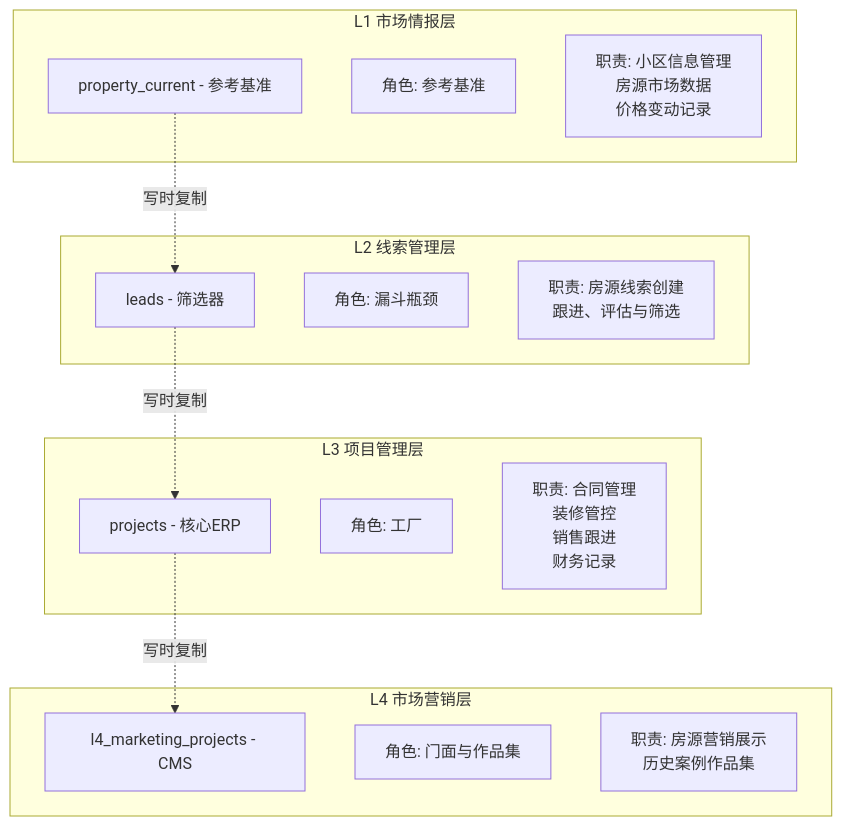
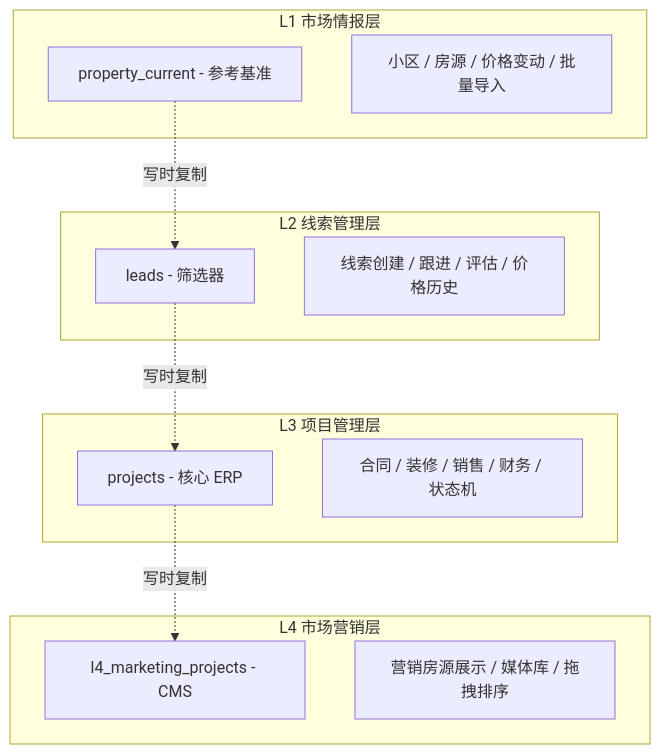
One commit to kakaoxy/profo changed the second of 8 diagrams in README.md. Above: the diagram before and after it, drawn with Mermaid. The commit also changed other lines of this file, not shown here.

````diff
--- a/README.md
+++ b/README.md
@@ -102,30 +117,23 @@
 ```mermaid
 graph TB
     subgraph "L4 市场营销层"
         L4[l4_marketing_projects - CMS]
-        L4D[角色: 门面与作品集]
-        L4F[职责: 房源营销展示<br/>历史案例作品集]
+        L4F[营销房源展示 / 媒体库 / 拖拽排序]
     end
-
     subgraph "L3 项目管理层"
-        L3[projects - 核心ERP]
-        L3D[角色: 工厂]
-        L3F[职责: 合同管理<br/>装修管控<br/>销售跟进<br/>财务记录]
+        L3[projects - 核心 ERP]
+        L3F[合同 / 装修 / 销售 / 财务 / 状态机]
     end
-
     subgraph "L2 线索管理层"
         L2[leads - 筛选器]
-        L2D[角色: 漏斗瓶颈]
-        L2F[职责: 房源线索创建<br/>跟进、评估与筛选]
+        L2F[线索创建 / 跟进 / 评估 / 价格历史]
     end
-
     subgraph "L1 市场情报层"
         L1[property_current - 参考基准]
-        L1D[角色: 参考基准]
-        L1F[职责: 小区信息管理<br/>房源市场数据<br/>价格变动记录]
+        L1F[小区 / 房源 / 价格变动 / 批量导入]
     end
 
     L1 -.->|写时复制| L2
     L2 -.->|写时复制| L3
     L3 -.->|写时复制| L4
 ```
````
